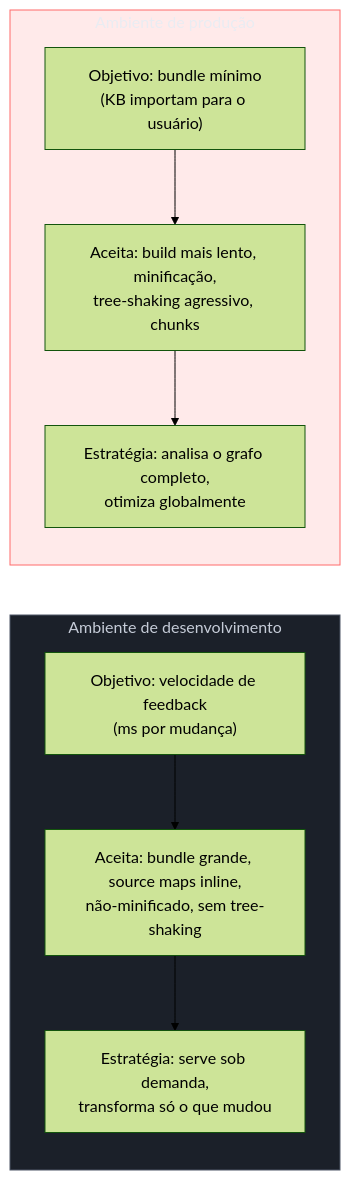
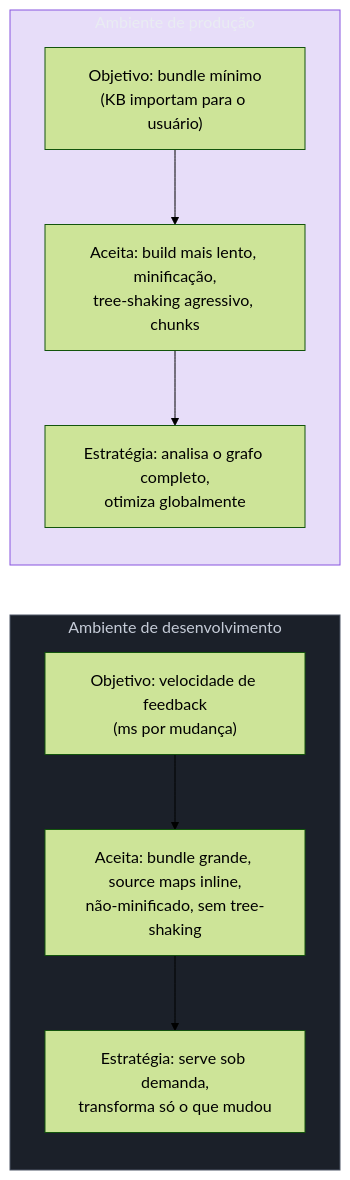
The first of 9 diagrams in 03-Dominios/Tecnologia/Tooling e Build/09 - Dev server e HMR.md (josenaldo/codex-technomanticus), drawn with Mermaid (forest theme) before and after one commit. The commit also changed other lines of this file and 601 other files, not shown here.

````diff
--- a/03-Dominios/Tecnologia/Tooling e Build/09 - Dev server e HMR.md
+++ b/03-Dominios/Tecnologia/Tooling e Build/09 - Dev server e HMR.md
@@ -32,21 +32,21 @@
 ```mermaid
 graph LR
+    classDef marca fill:#8855DF33,stroke:#8855DF,color:#E9ECF2
     classDef neutro fill:#1B2029,stroke:#4E5666,color:#C6CCD8
-    classDef falha fill:#FF6B6B24,stroke:#FF6B6B,color:#E9ECF2
     subgraph DEV["Ambiente de desenvolvimento"]
         D1["Objetivo: velocidade de feedback\n(ms por mudança)"]
         D2["Aceita: bundle grande, source maps inline,\nnão-minificado, sem tree-shaking"]
         D3["Estratégia: serve sob demanda,\ntransforma só o que mudou"]
         D1 --> D2 --> D3
     end
 
     subgraph PROD["Ambiente de produção"]
         P1["Objetivo: bundle mínimo\n(KB importam para o usuário)"]
         P2["Aceita: build mais lento, minificação,\ntree-shaking agressivo, chunks"]
         P3["Estratégia: analisa o grafo completo,\notimiza globalmente"]
         P1 --> P2 --> P3
     end
 
     class DEV neutro
-    class PROD falha
+    class PROD marca
 ```
````
